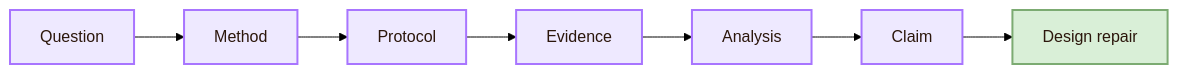
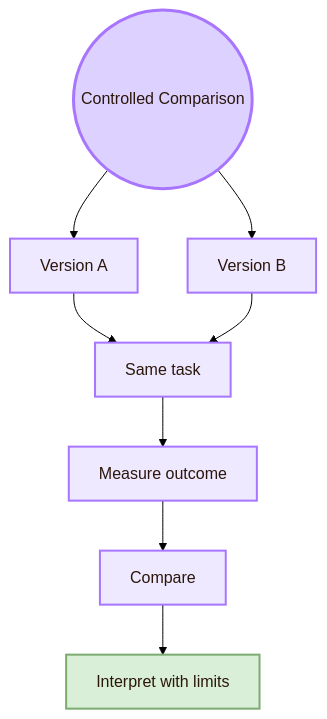
One commit to andreitegzes06-ui/CogniShire changed the third of 5 diagrams in 01_Core_Area_HCI/001_Subareas/03_Evaluating_the_Design/Activities/Overview_Evaluating_Design_Cognishire_polished.md. Above: the diagram before and after it, drawn with Mermaid (forest theme). The commit also changed other lines of this file and 131 other files, not shown here.

````diff
--- a/01_Core_Area_HCI/001_Subareas/03_Evaluating_the_Design/Activities/Overview_Evaluating_Design_Cognishire_polished.md
+++ b/01_Core_Area_HCI/001_Subareas/03_Evaluating_the_Design/Activities/Overview_Evaluating_Design_Cognishire_polished.md
@@ -162,15 +186,22 @@
 ```mermaid
-flowchart LR
-    A[Question] --> B[Method]
-    B --> C[Protocol]
-    C --> D[Evidence]
-    D --> E[Analysis]
-    E --> F[Claim]
-    F --> G[Design repair]
+flowchart TB
+    A((Controlled Comparison))
 
+    A --> B[Version A]
+    A --> C[Version B]
+
+    B --> D[Same task]
+    C --> D
+
+    D --> E[Measure outcome]
+    E --> F[Compare]
+    F --> G[Interpret with limits]
+
+    classDef center fill:#ddd2ff,stroke:#a875ff,color:#2b160b,stroke-width:3px;
     classDef node fill:#eee9ff,stroke:#a875ff,color:#2b160b,stroke-width:2px;
     classDef final fill:#d9efd7,stroke:#7cab72,color:#2b160b,stroke-width:2px;
 
-    class A,B,C,D,E,F node;
+    class A center;
+    class B,C,D,E,F node;
     class G final;
 ```
````
